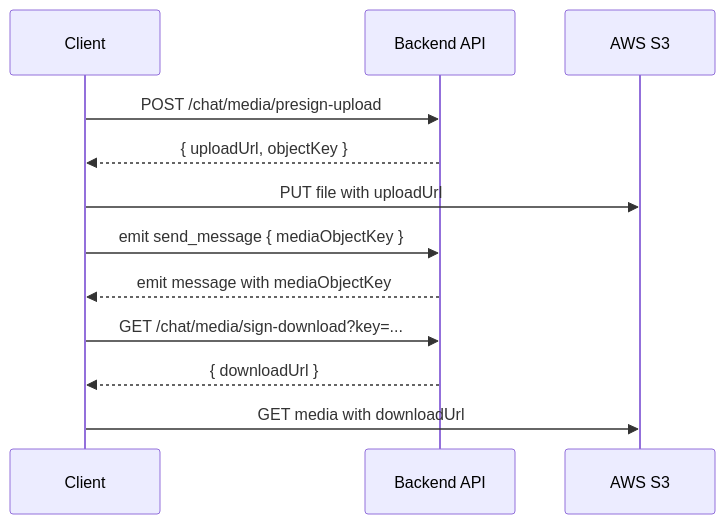
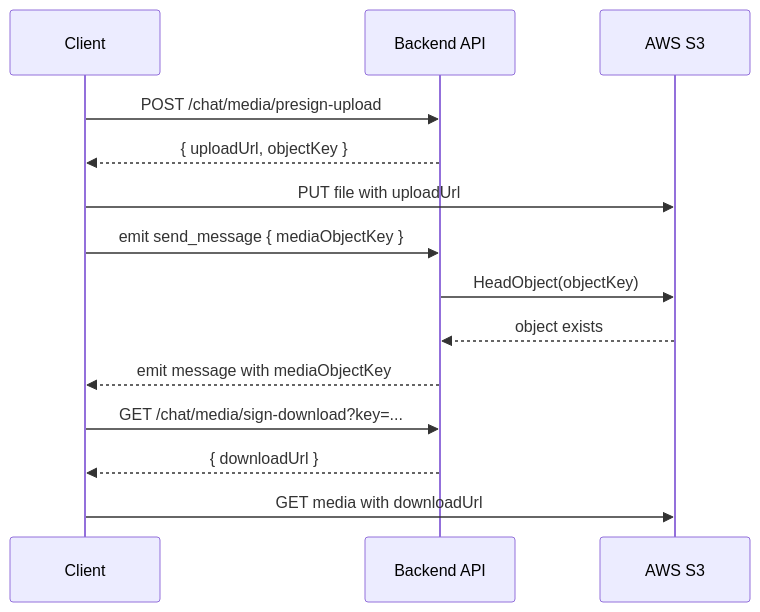
The sixth of 7 diagrams in ChatSystem.md (CaulesGe/ECE651-SecondHandMarket-ChatSystem-), drawn with Mermaid before and after one commit. The commit also changed other lines of this file, not shown here.

````diff
--- a/ChatSystem.md
+++ b/ChatSystem.md
@@ -468,15 +533,17 @@
 ```mermaid
 sequenceDiagram
   participant C as Client
   participant API as Backend API
   participant S3 as AWS S3
 
   C->>API: POST /chat/media/presign-upload
   API-->>C: { uploadUrl, objectKey }
   C->>S3: PUT file with uploadUrl
   C->>API: emit send_message { mediaObjectKey }
+  API->>S3: HeadObject(objectKey)
+  S3-->>API: object exists
   API-->>C: emit message with mediaObjectKey
   C->>API: GET /chat/media/sign-download?key=...
   API-->>C: { downloadUrl }
   C->>S3: GET media with downloadUrl
 ```
````
